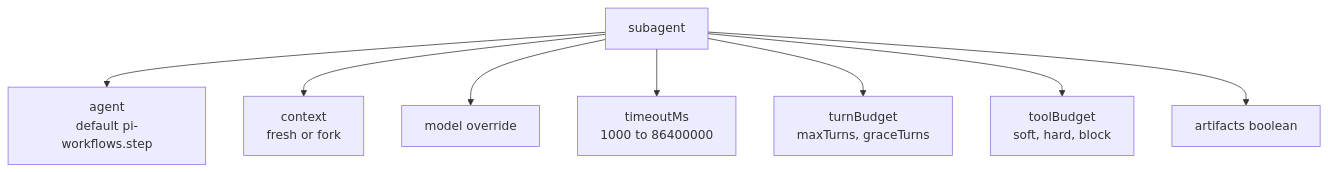
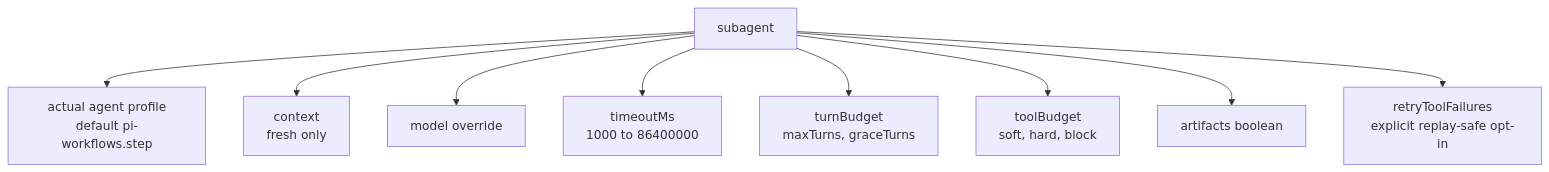
One commit to wichayutdew/pi-workflows changed the sixth of 7 diagrams in openwiki/authoring/workflow-files.md. Above: the diagram before and after it, drawn with Mermaid. The commit also changed other lines of this file and 57 other files, not shown here.

````diff
--- a/openwiki/authoring/workflow-files.md
+++ b/openwiki/authoring/workflow-files.md
@@ -171,10 +191,11 @@
 ```mermaid
 flowchart TD
-  Subagent[subagent] --> Agent[agent<br/>default pi-workflows.step]
-  Subagent --> Context[context<br/>fresh or fork]
+  Subagent[subagent] --> Profile[actual agent profile<br/>default pi-workflows.step]
+  Subagent --> Context[context<br/>fresh only]
   Subagent --> Model[model override]
   Subagent --> Timeout[timeoutMs<br/>1000 to 86400000]
   Subagent --> TurnBudget[turnBudget<br/>maxTurns, graceTurns]
   Subagent --> ToolBudget[toolBudget<br/>soft, hard, block]
   Subagent --> Artifacts[artifacts boolean]
+  Subagent --> Retry[retryToolFailures<br/>explicit replay-safe opt-in]
 ```
````
